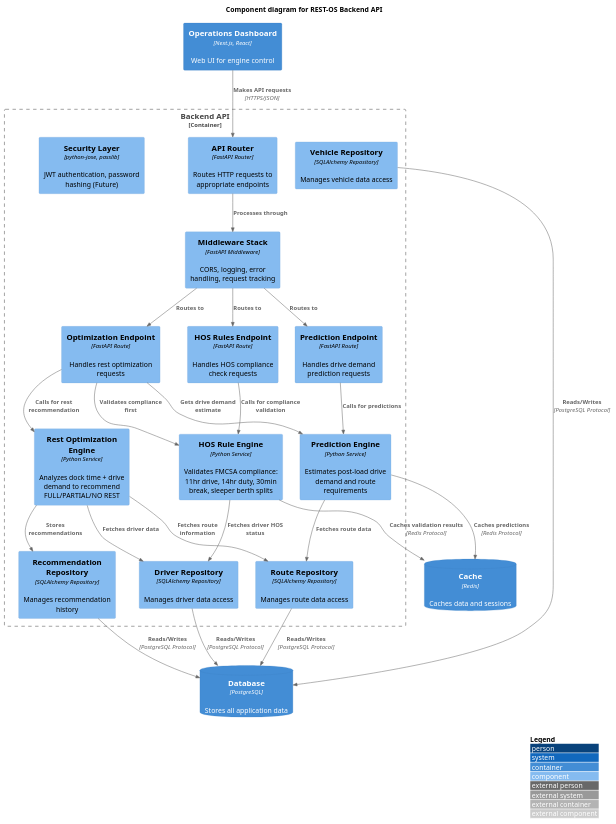
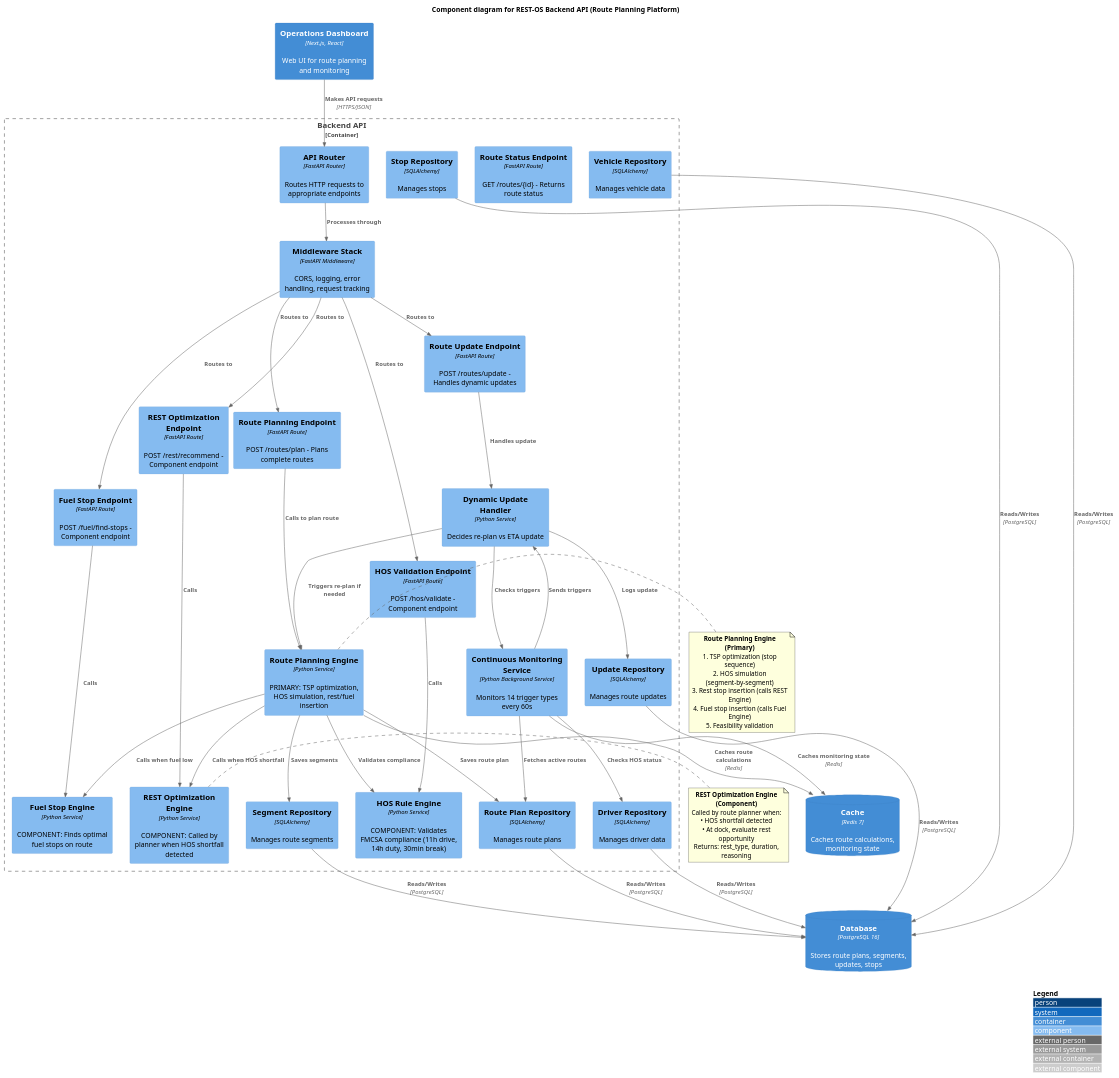
The diagram in .docs/architecture/c4-level3-component-backend.puml (app-shore/sally), drawn with PlantUML before and after one commit. The commit also changed 30 other files, not shown here.

Commit message:
route planning changes

```diff
--- a/.docs/architecture/c4-level3-component-backend.puml
+++ b/.docs/architecture/c4-level3-component-backend.puml
@@ -1,60 +1,108 @@
 @startuml C4_Component_Backend
 !include https://raw.githubusercontent.com/plantuml-stdlib/C4-PlantUML/master/C4_Component.puml
 
 LAYOUT_WITH_LEGEND()
 
-title Component diagram for REST-OS Backend API
+title Component diagram for REST-OS Backend API (Route Planning Platform)
 
-Container(web, "Operations Dashboard", "Next.js, React", "Web UI for engine control")
+Container(web, "Operations Dashboard", "Next.js, React", "Web UI for route planning and monitoring")
 
 Container_Boundary(api, "Backend API") {
     Component(api_router, "API Router", "FastAPI Router", "Routes HTTP requests to appropriate endpoints")
 
-    Component(hos_endpoint, "HOS Rules Endpoint", "FastAPI Route", "Handles HOS compliance check requests")
-    Component(opt_endpoint, "Optimization Endpoint", "FastAPI Route", "Handles rest optimization requests")
-    Component(pred_endpoint, "Prediction Endpoint", "FastAPI Route", "Handles drive demand prediction requests")
+    ' Primary Route Planning Components
+    Component(route_endpoint, "Route Planning Endpoint", "FastAPI Route", "POST /routes/plan - Plans complete routes")
+    Component(route_update_endpoint, "Route Update Endpoint", "FastAPI Route", "POST /routes/update - Handles dynamic updates")
+    Component(route_status_endpoint, "Route Status Endpoint", "FastAPI Route", "GET /routes/{id} - Returns route status")
 
-    Component(hos_engine, "HOS Rule Engine", "Python Service", "Validates FMCSA compliance: 11hr drive, 14hr duty, 30min break, sleeper berth splits")
-    Component(opt_engine, "Rest Optimization Engine", "Python Service", "Analyzes dock time + drive demand to recommend FULL/PARTIAL/NO REST")
-    Component(pred_engine, "Prediction Engine", "Python Service", "Estimates post-load drive demand and route requirements")
+    Component(route_planner, "Route Planning Engine", "Python Service", "PRIMARY: TSP optimization, HOS simulation, rest/fuel insertion")
+    Component(monitoring_service, "Continuous Monitoring Service", "Python Background Service", "Monitors 14 trigger types every 60s")
+    Component(update_handler, "Dynamic Update Handler", "Python Service", "Decides re-plan vs ETA update")
 
-    Component(driver_repo, "Driver Repository", "SQLAlchemy Repository", "Manages driver data access")
-    Component(vehicle_repo, "Vehicle Repository", "SQLAlchemy Repository", "Manages vehicle data access")
-    Component(route_repo, "Route Repository", "SQLAlchemy Repository", "Manages route data access")
-    Component(rec_repo, "Recommendation Repository", "SQLAlchemy Repository", "Manages recommendation history")
+    ' Component Engines (Called by Route Planner)
+    Component(hos_engine, "HOS Rule Engine", "Python Service", "COMPONENT: Validates FMCSA compliance (11h drive, 14h duty, 30min break)")
+    Component(rest_engine, "REST Optimization Engine", "Python Service", "COMPONENT: Called by planner when HOS shortfall detected")
+    Component(fuel_engine, "Fuel Stop Engine", "Python Service", "COMPONENT: Finds optimal fuel stops on route")
+
+    ' Component Endpoints (Supporting)
+    Component(hos_endpoint, "HOS Validation Endpoint", "FastAPI Route", "POST /hos/validate - Component endpoint")
+    Component(rest_endpoint, "REST Optimization Endpoint", "FastAPI Route", "POST /rest/recommend - Component endpoint")
+    Component(fuel_endpoint, "Fuel Stop Endpoint", "FastAPI Route", "POST /fuel/find-stops - Component endpoint")
+
+    ' Repositories
+    Component(route_plan_repo, "Route Plan Repository", "SQLAlchemy", "Manages route plans")
+    Component(segment_repo, "Segment Repository", "SQLAlchemy", "Manages route segments")
+    Component(update_repo, "Update Repository", "SQLAlchemy", "Manages route updates")
+    Component(stop_repo, "Stop Repository", "SQLAlchemy", "Manages stops")
+    Component(driver_repo, "Driver Repository", "SQLAlchemy", "Manages driver data")
+    Component(vehicle_repo, "Vehicle Repository", "SQLAlchemy", "Manages vehicle data")
 
     Component(middleware, "Middleware Stack", "FastAPI Middleware", "CORS, logging, error handling, request tracking")
-    Component(security, "Security Layer", "python-jose, passlib", "JWT authentication, password hashing (Future)")
 }
 
-ContainerDb(db, "Database", "PostgreSQL", "Stores all application data")
-ContainerDb(cache, "Cache", "Redis", "Caches data and sessions")
+ContainerDb(db, "Database", "PostgreSQL 16", "Stores route plans, segments, updates, stops")
+ContainerDb(cache, "Cache", "Redis 7", "Caches route calculations, monitoring state")
 
+' Primary flow
 Rel(web, api_router, "Makes API requests", "HTTPS/JSON")
+Rel(api_router, middleware, "Processes through")
 
-Rel(api_router, middleware, "Processes through")
+' Route Planning Flow
+Rel(middleware, route_endpoint, "Routes to")
+Rel(route_endpoint, route_planner, "Calls to plan route")
+Rel(route_planner, hos_engine, "Validates compliance")
+Rel(route_planner, rest_engine, "Calls when HOS shortfall")
+Rel(route_planner, fuel_engine, "Calls when fuel low")
+Rel(route_planner, route_plan_repo, "Saves route plan")
+Rel(route_planner, segment_repo, "Saves segments")
+
+' Dynamic Update Flow
+Rel(middleware, route_update_endpoint, "Routes to")
+Rel(route_update_endpoint, update_handler, "Handles update")
+Rel(update_handler, monitoring_service, "Checks triggers")
+Rel(update_handler, route_planner, "Triggers re-plan if needed")
+Rel(update_handler, update_repo, "Logs update")
+
+' Monitoring Flow
+Rel(monitoring_service, route_plan_repo, "Fetches active routes")
+Rel(monitoring_service, driver_repo, "Checks HOS status")
+Rel(monitoring_service, update_handler, "Sends triggers")
+
+' Component Endpoints
 Rel(middleware, hos_endpoint, "Routes to")
-Rel(middleware, opt_endpoint, "Routes to")
-Rel(middleware, pred_endpoint, "Routes to")
+Rel(middleware, rest_endpoint, "Routes to")
+Rel(middleware, fuel_endpoint, "Routes to")
+Rel(hos_endpoint, hos_engine, "Calls")
+Rel(rest_endpoint, rest_engine, "Calls")
+Rel(fuel_endpoint, fuel_engine, "Calls")
 
-Rel(hos_endpoint, hos_engine, "Calls for compliance validation")
-Rel(opt_endpoint, opt_engine, "Calls for rest recommendation")
-Rel(opt_endpoint, hos_engine, "Validates compliance first")
-Rel(opt_endpoint, pred_engine, "Gets drive demand estimate")
-Rel(pred_endpoint, pred_engine, "Calls for predictions")
+' Database connections
+Rel(route_plan_repo, db, "Reads/Writes", "PostgreSQL")
+Rel(segment_repo, db, "Reads/Writes", "PostgreSQL")
+Rel(update_repo, db, "Reads/Writes", "PostgreSQL")
+Rel(stop_repo, db, "Reads/Writes", "PostgreSQL")
+Rel(driver_repo, db, "Reads/Writes", "PostgreSQL")
+Rel(vehicle_repo, db, "Reads/Writes", "PostgreSQL")
 
-Rel(hos_engine, driver_repo, "Fetches driver HOS status")
-Rel(opt_engine, driver_repo, "Fetches driver data")
-Rel(opt_engine, route_repo, "Fetches route information")
-Rel(opt_engine, rec_repo, "Stores recommendations")
-Rel(pred_engine, route_repo, "Fetches route data")
+' Cache connections
+Rel(route_planner, cache, "Caches route calculations", "Redis")
+Rel(monitoring_service, cache, "Caches monitoring state", "Redis")
 
-Rel(driver_repo, db, "Reads/Writes", "PostgreSQL Protocol")
-Rel(vehicle_repo, db, "Reads/Writes", "PostgreSQL Protocol")
-Rel(route_repo, db, "Reads/Writes", "PostgreSQL Protocol")
-Rel(rec_repo, db, "Reads/Writes", "PostgreSQL Protocol")
+note right of route_planner
+  **Route Planning Engine (Primary)**
+  1. TSP optimization (stop sequence)
+  2. HOS simulation (segment-by-segment)
+  3. Rest stop insertion (calls REST Engine)
+  4. Fuel stop insertion (calls Fuel Engine)
+  5. Feasibility validation
+end note
 
-Rel(hos_engine, cache, "Caches validation results", "Redis Protocol")
-Rel(pred_engine, cache, "Caches predictions", "Redis Protocol")
+note right of rest_engine
+  **REST Optimization Engine (Component)**
+  Called by route planner when:
+  • HOS shortfall detected
+  • At dock, evaluate rest opportunity
+  Returns: rest_type, duration, reasoning
+end note
 
 @enduml
```
